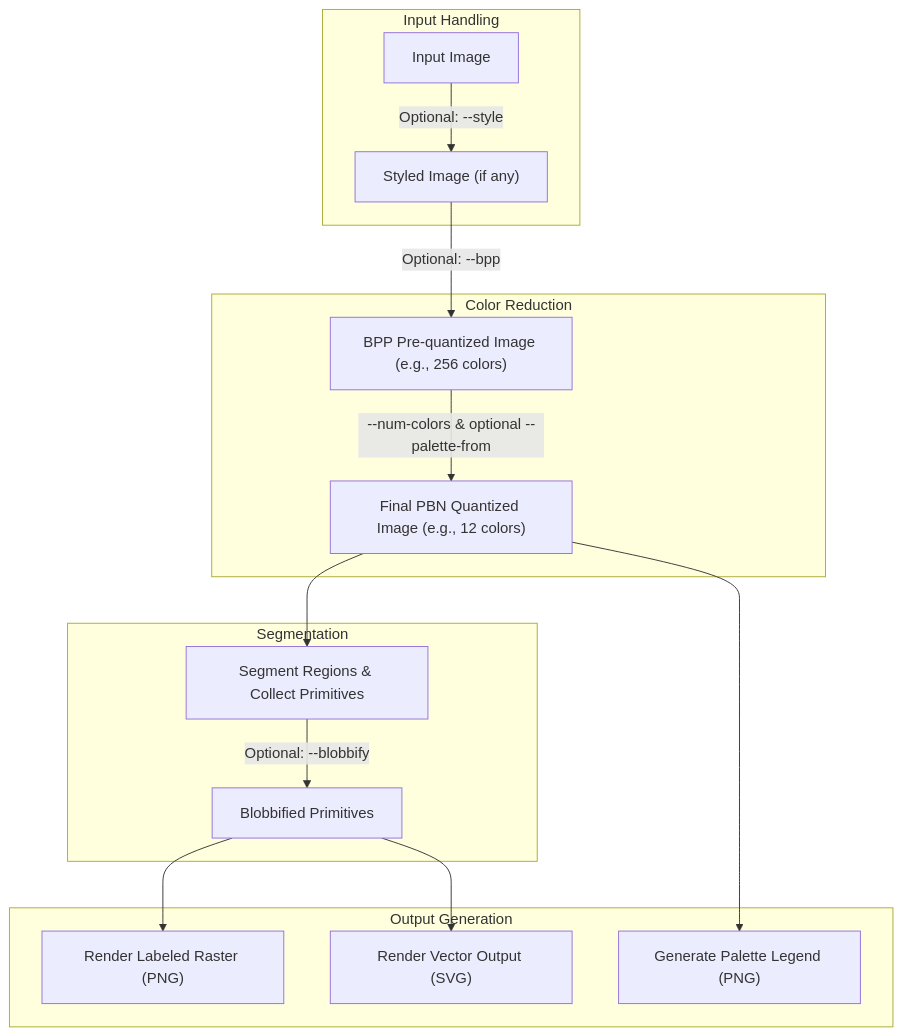
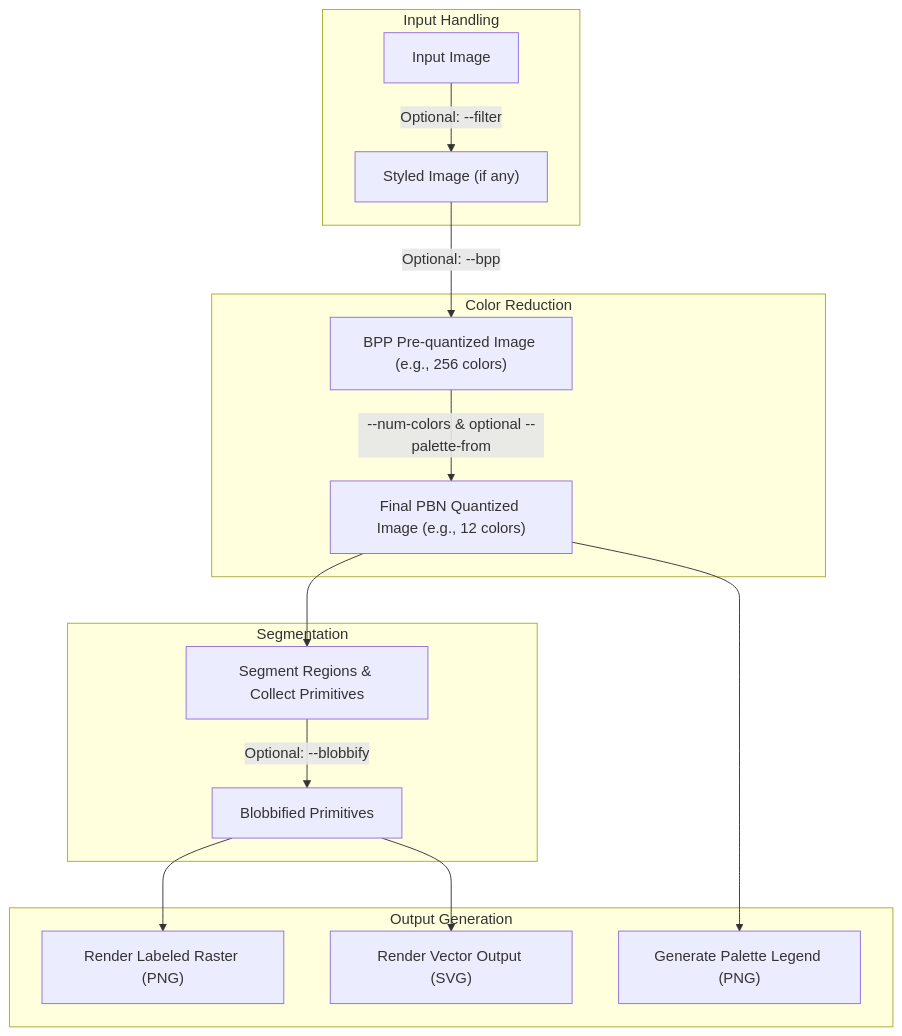
One commit to scottvr/pbngen changed the diagram in README.md. Above: the diagram before and after it, drawn with Mermaid. The commit also changed other lines of this file and 4 other files, not shown here.

````diff
--- a/README.md
+++ b/README.md
@@ -272,29 +272,29 @@
 ```mermaid
 graph TD
-    A["Input Image"] -->|Optional: --style| B["Styled Image (if any)"];
+    A["Input Image"] -->|Optional: --filter| B["Styled Image (if any)"];
     B -->|Optional: --bpp| C["BPP Pre-quantized Image (e.g., 256 colors)"];
     C -->|--num-colors & optional --palette-from| D["Final PBN Quantized Image (e.g., 12 colors)"];
     D --> E["Segment Regions & Collect Primitives"];
     E -->|Optional: --blobbify| F["Blobbified Primitives"];
     F --> G["Render Labeled Raster (PNG)"];
     F --> H["Render Vector Output (SVG)"];
     D --> I["Generate Palette Legend (PNG)"];
 
     subgraph "Input Handling"
         A
         B
     end
     subgraph "Color Reduction"
         C
         D
     end
     subgraph "Segmentation"
         E
         F
     end
     subgraph "Output Generation"
         G
         H
         I
     end
 ```
````
